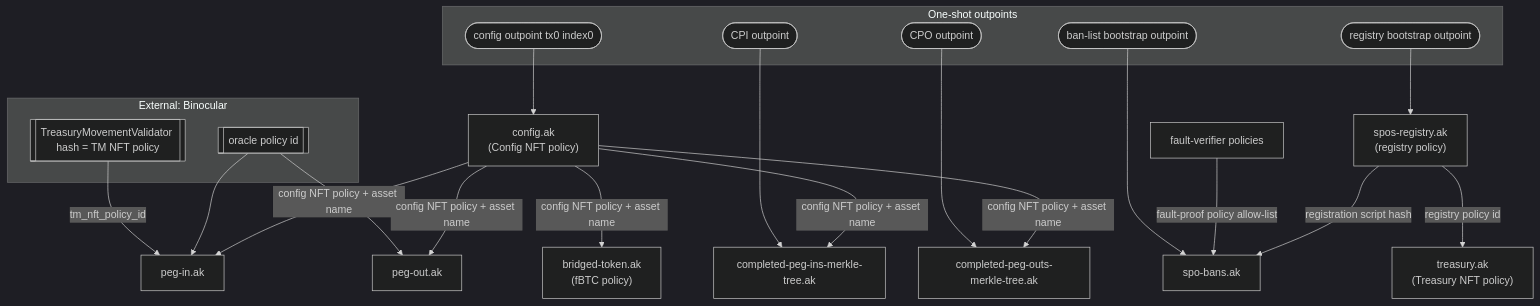
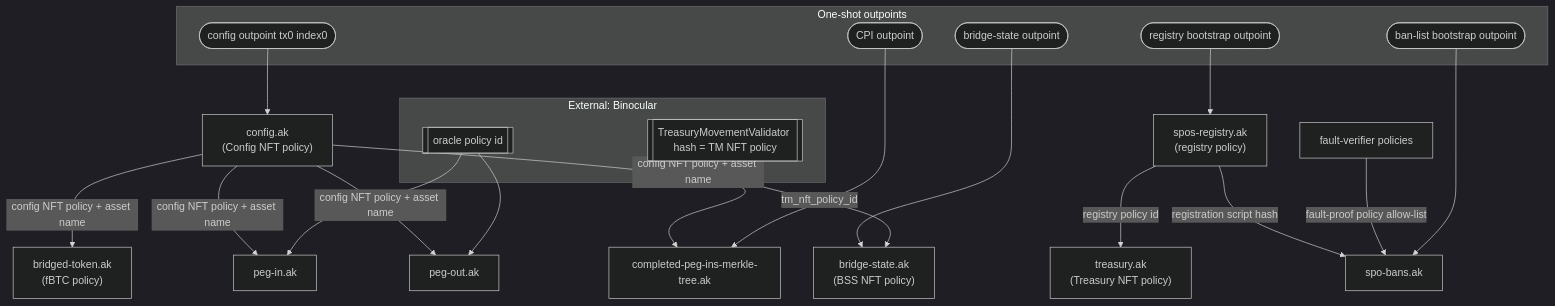
One commit to rssh/ft-bifrost-bridge changed the fourth of 20 diagrams in documentation/technical_documentation.md. Above: the diagram before and after it, drawn with Mermaid (dark theme). The commit also changed other lines of this file, not shown here.

First line of the commit message:
docs(spec): fold rev 5.4, the bridge state singleton, into the spec

````diff
--- a/documentation/technical_documentation.md
+++ b/documentation/technical_documentation.md
@@ -664,43 +631,42 @@
 ```mermaid
 flowchart TD
     subgraph oneshot["One-shot outpoints"]
         cfg0([config outpoint tx0 index0])
         cpi0([CPI outpoint])
-        cpo0([CPO outpoint])
+        bss0([bridge-state outpoint])
         reg0([registry bootstrap outpoint])
         ban0([ban-list bootstrap outpoint])
     end
 
     subgraph binocular["External: Binocular"]
         oracle[[oracle policy id]]
         tmv[[TreasuryMovementValidator hash = TM NFT policy]]
     end
 
     config["config.ak<br/>(Config NFT policy)"]
     fbtc["bridged-token.ak<br/>(fBTC policy)"]
     pegin["peg-in.ak"]
     pegout["peg-out.ak"]
     cpi["completed-peg-ins-merkle-tree.ak"]
-    cpo["completed-peg-outs-merkle-tree.ak"]
+    bss["bridge-state.ak<br/>(BSS NFT policy)"]
     reg["spos-registry.ak<br/>(registry policy)"]
     tinfo["treasury.ak<br/>(Treasury NFT policy)"]
     bans["spo-bans.ak"]
     fv["fault-verifier policies"]
 
     cfg0 --> config
     config -->|config NFT policy + asset name| fbtc
     config -->|config NFT policy + asset name| pegin
     config -->|config NFT policy + asset name| pegout
     config -->|config NFT policy + asset name| cpi
-    config -->|config NFT policy + asset name| cpo
     cpi0 --> cpi
-    cpo0 --> cpo
+    bss0 --> bss
+    tmv -->|tm_nft_policy_id| bss
     oracle --> pegin
     oracle --> pegout
-    tmv -->|tm_nft_policy_id| pegin
     reg0 --> reg
     reg -->|registry policy id| tinfo
     reg -->|registration script hash| bans
     fv -->|fault-proof policy allow-list| bans
     ban0 --> bans
 ```
````
